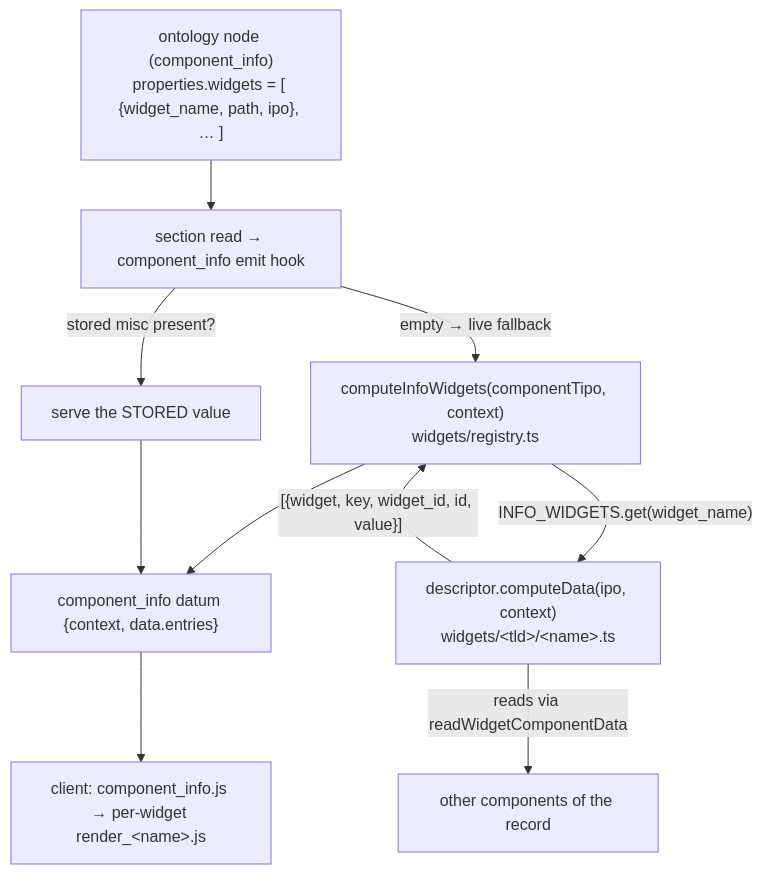
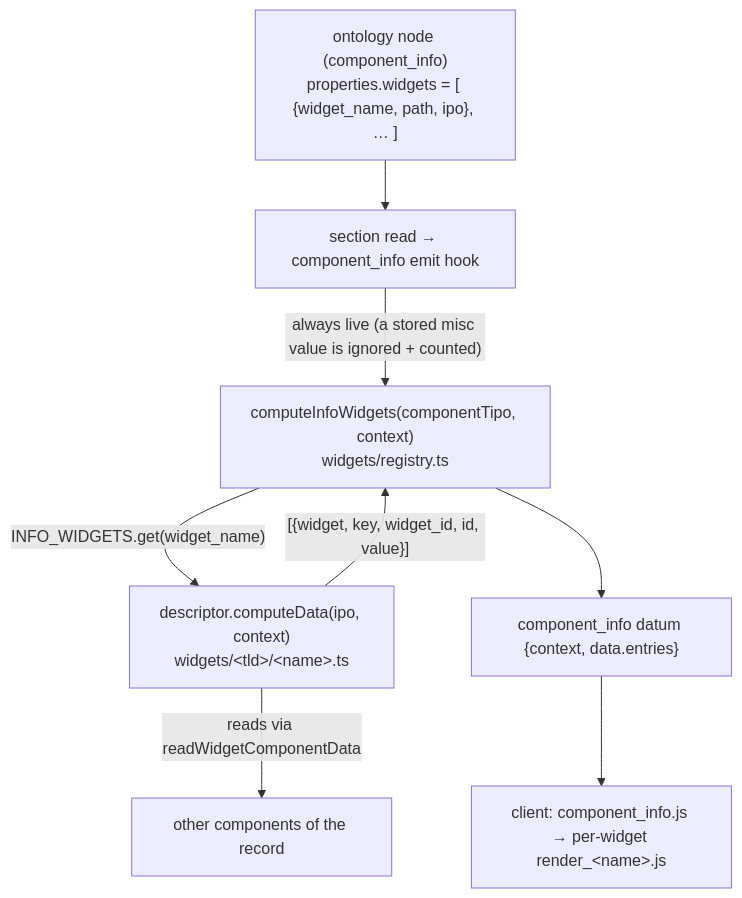
Before and after one commit to renderpci/dedalo: the diagram in docs/core/ui/widgets.md, drawn with Mermaid. The commit also changed 130 other files, not shown here.

````diff
--- a/docs/core/ui/widgets.md
+++ b/docs/core/ui/widgets.md
@@ -55,13 +55,11 @@
 ```mermaid
 flowchart TB
     ONT["ontology node (component_info)<br/>properties.widgets = [ {widget_name, path, ipo}, … ]"]
     ONT --> CI["section read → component_info emit hook"]
-    CI -->|"stored misc present?"| STORED["serve the STORED value"]
-    CI -->|"empty → live fallback"| REG["computeInfoWidgets(componentTipo, context)<br/>widgets/registry.ts"]
+    CI -->|"always live (a stored misc value is ignored + counted)"| REG["computeInfoWidgets(componentTipo, context)<br/>widgets/registry.ts"]
     REG -->|"INFO_WIDGETS.get(widget_name)"| W["descriptor.computeData(ipo, context)<br/>widgets/&lt;tld&gt;/&lt;name&gt;.ts"]
     W -->|"reads via readWidgetComponentData"| COMP["other components of the record"]
     W -->|"[{widget, key, widget_id, id, value}]"| REG
     REG --> DDO["component_info datum {context, data.entries}"]
-    STORED --> DDO
     DDO --> CL["client: component_info.js → per-widget render_&lt;name&gt;.js"]
 ```
````
